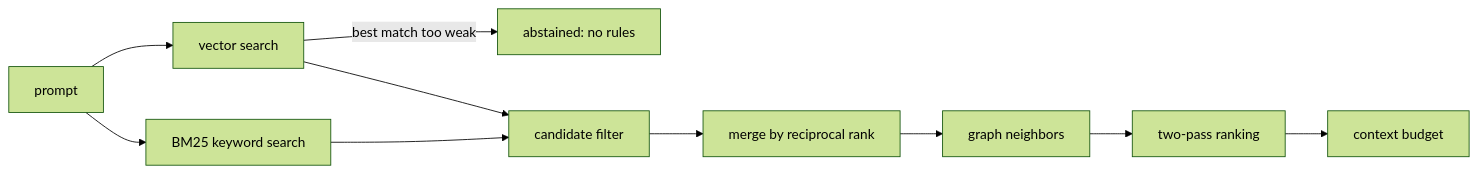
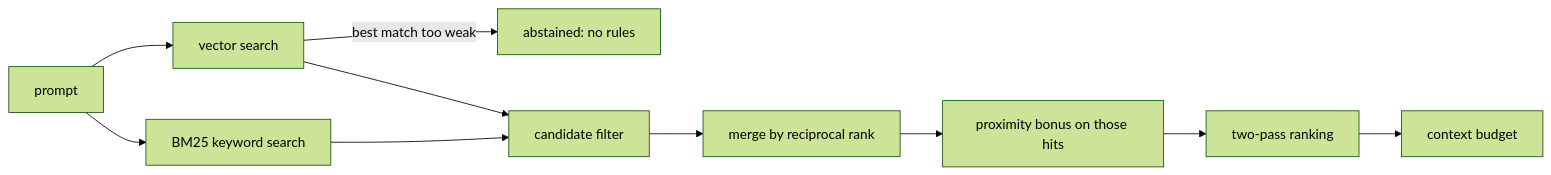
The diagram in openwiki/architecture/retrieval.md (deMallory/writty), drawn with Mermaid (forest theme) before and after one commit. The commit also changed other lines of this file and 4 other files, not shown here.

Commit message:
docs(openwiki): aligne le cours sur le graphe, le gate de tests et le cache Tantivy

````diff
--- a/openwiki/architecture/retrieval.md
+++ b/openwiki/architecture/retrieval.md
@@ -22,13 +22,13 @@
 ```mermaid
 flowchart LR
   %% order read in RetrievalPipeline.query, writ/retrieval/pipeline.py
   prompt["prompt"] --> kw["BM25 keyword search"]
   prompt --> ann["vector search"]
   ann -->|best match too weak| none["abstained: no rules"]
   kw --> filt["candidate filter"]
   ann --> filt
   filt --> merge["merge by reciprocal rank"]
-  merge --> nbrs["graph neighbors"]
+  merge --> nbrs["proximity bonus on those hits"]
   nbrs --> rank["two-pass ranking"]
   rank --> budget["context budget"]
 ```
````
